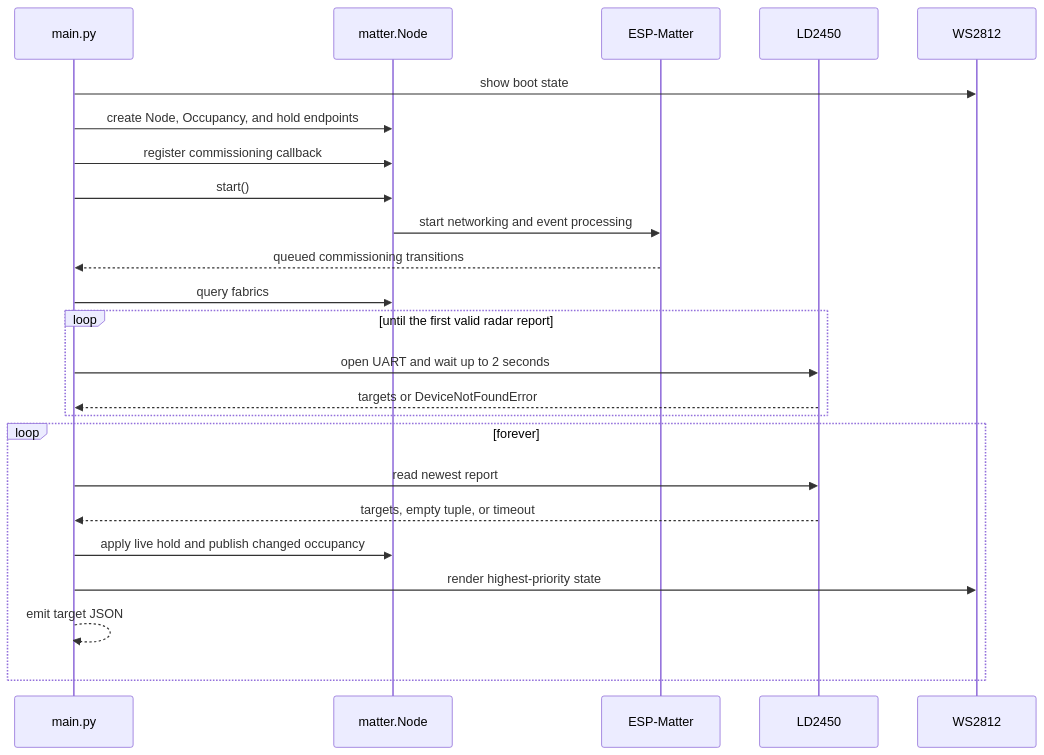
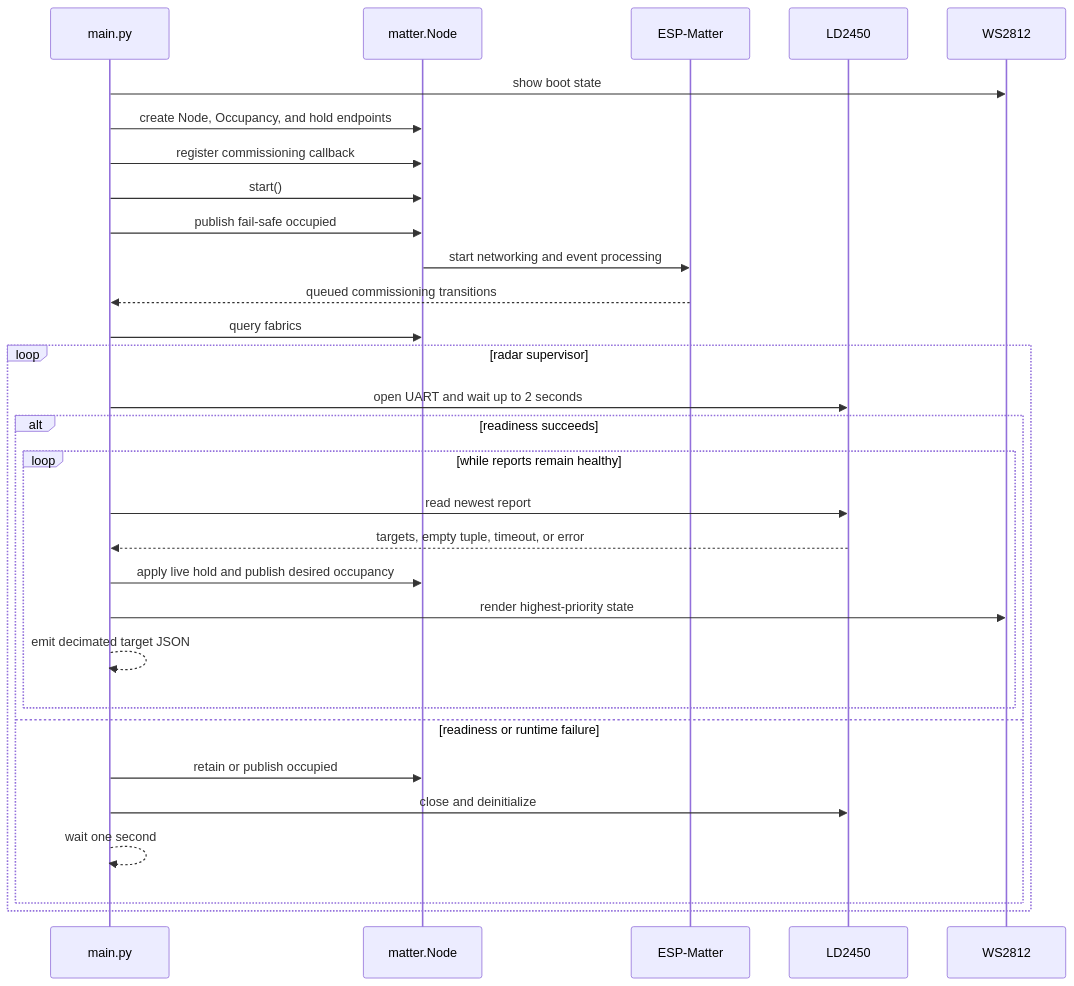
Before and after one commit to khlam/micropython-boardfarm: the second of 3 diagrams in projects/matter-ld2450/README.md, drawn with Mermaid. The commit also changed other lines of this file and 1 other file, not shown here.

````diff
--- a/projects/matter-ld2450/README.md
+++ b/projects/matter-ld2450/README.md
@@ -92,27 +108,33 @@
 ```mermaid
 sequenceDiagram
     participant App as main.py
     participant Matter as matter.Node
     participant CHIP as ESP-Matter
     participant Radar as LD2450
     participant LED as WS2812
 
     App->>LED: show boot state
     App->>Matter: create Node, Occupancy, and hold endpoints
     App->>Matter: register commissioning callback
     App->>Matter: start()
+    App->>Matter: publish fail-safe occupied
     Matter->>CHIP: start networking and event processing
     CHIP-->>App: queued commissioning transitions
     App->>Matter: query fabrics
-    loop until the first valid radar report
+    loop radar supervisor
         App->>Radar: open UART and wait up to 2 seconds
-        Radar-->>App: targets or DeviceNotFoundError
-    end
-    loop forever
-        App->>Radar: read newest report
-        Radar-->>App: targets, empty tuple, or timeout
-        App->>Matter: apply live hold and publish changed occupancy
-        App->>LED: render highest-priority state
-        App-->>App: emit target JSON
+        alt readiness succeeds
+            loop while reports remain healthy
+                App->>Radar: read newest report
+                Radar-->>App: targets, empty tuple, timeout, or error
+                App->>Matter: apply live hold and publish desired occupancy
+                App->>LED: render highest-priority state
+                App-->>App: emit decimated target JSON
+            end
+        else readiness or runtime failure
+            App->>Matter: retain or publish occupied
+            App->>Radar: close and deinitialize
+            App-->>App: wait one second
+        end
     end
 ```
````
